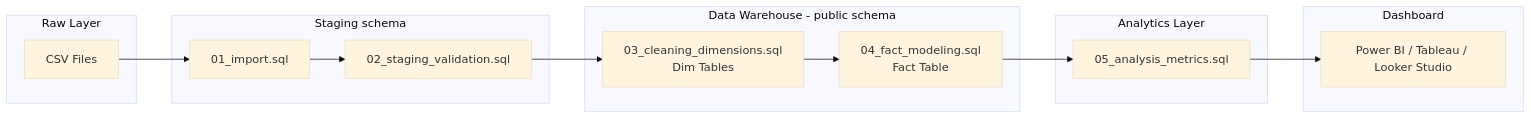
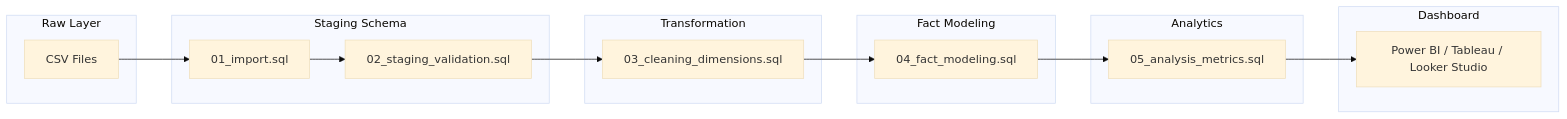
Before and after one commit to yourvaiqbal/ecommerce-sql-analysis: the second of 2 diagrams in README.md, drawn with Mermaid (base theme). The commit also changed other lines of this file, not shown here.

````diff
--- a/README.md
+++ b/README.md
@@ -172,27 +174,30 @@
 ```mermaid
 flowchart LR
 
     subgraph RAW_LAYER [Raw Layer]
         A[CSV Files]
     end
 
-    subgraph STAGING_LAYER [Staging schema]
+    subgraph STAGING_LAYER [Staging Schema]
         B[01_import.sql]
         C[02_staging_validation.sql]
     end
 
-    subgraph WAREHOUSE_LAYER [Data Warehouse - public schema]
-        D[03_cleaning_dimensions.sql\nDim Tables]
-        E[04_fact_modeling.sql\nFact Table]
+    subgraph TRANSFORMATION_LAYER [Transformation]
+        D[03_cleaning_dimensions.sql]
     end
 
-    subgraph ANALYTICS_LAYER [Analytics Layer]
+    subgraph FACT_LAYER [Fact Modeling]
+        E[04_fact_modeling.sql]
+    end
+
+    subgraph ANALYTICS_LAYER [Analytics]
         F[05_analysis_metrics.sql]
     end
 
     subgraph BI_LAYER [Dashboard]
         G[Power BI / Tableau / Looker Studio]
     end
 
     A --> B --> C --> D --> E --> F --> G
 ```
````
